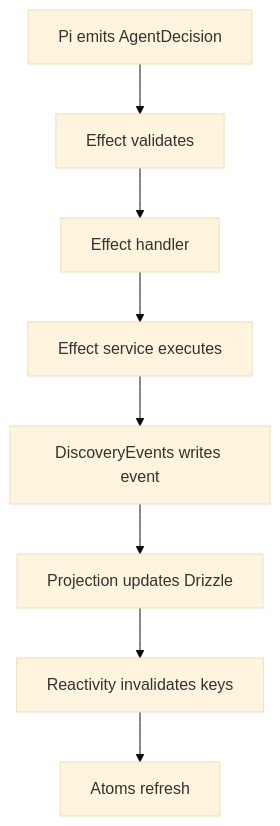
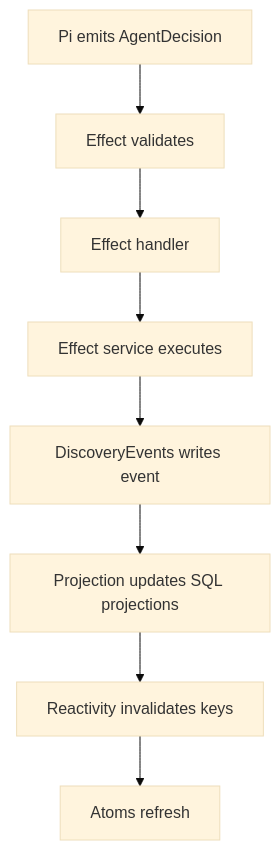
Diagram 12 of 13 in docs/attuned/Attune Atom, Reactivity, and State Philosophy.md (becker63/attune), drawn with Mermaid (base theme) before and after one commit. The commit also changed other lines of this file and 320 other files, not shown here.

````diff
--- a/docs/attuned/Attune Atom, Reactivity, and State Philosophy.md
+++ b/docs/attuned/Attune Atom, Reactivity, and State Philosophy.md
@@ -822,10 +822,10 @@
 ```mermaid
 flowchart TD
   A["Pi emits AgentDecision"] --> B["Effect validates"]
   B --> C["Effect handler"]
   C --> D["Effect service executes"]
   D --> E["DiscoveryEvents writes event"]
-  E --> F["Projection updates Drizzle"]
+  E --> F["Projection updates SQL projections"]
   F --> G["Reactivity invalidates keys"]
   G --> H["Atoms refresh"]
 ```
````
